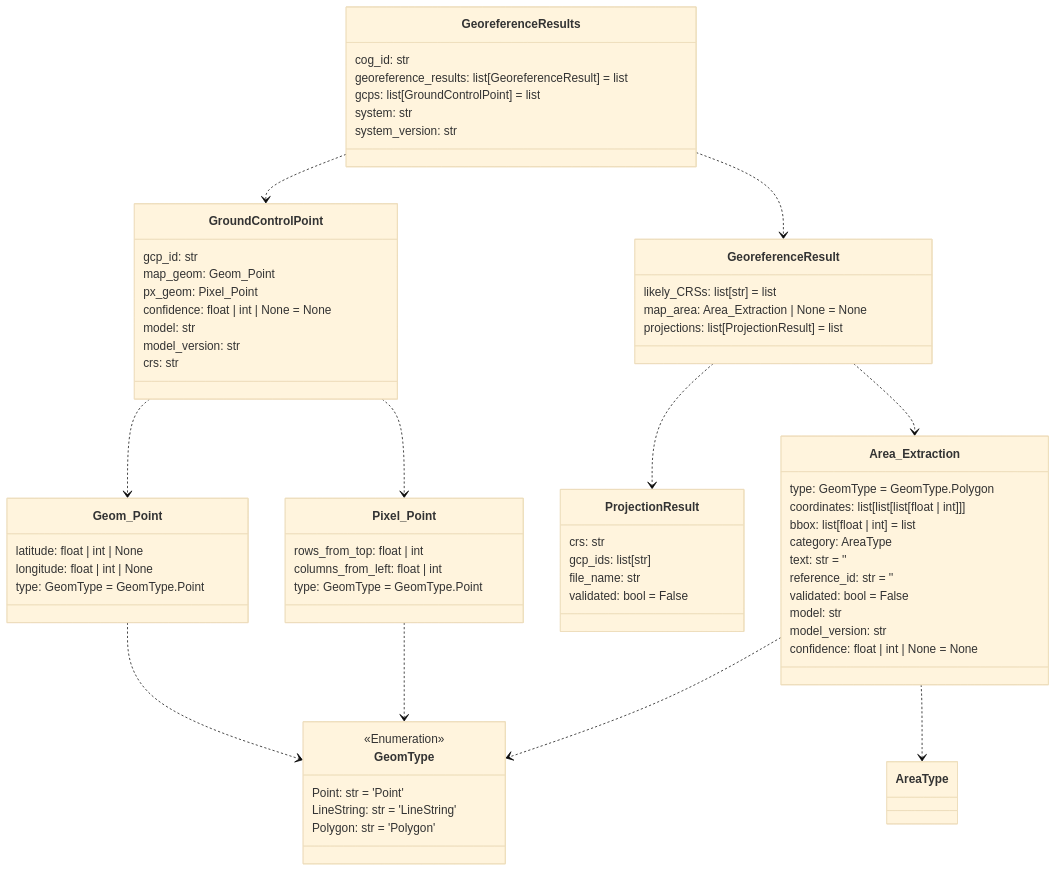
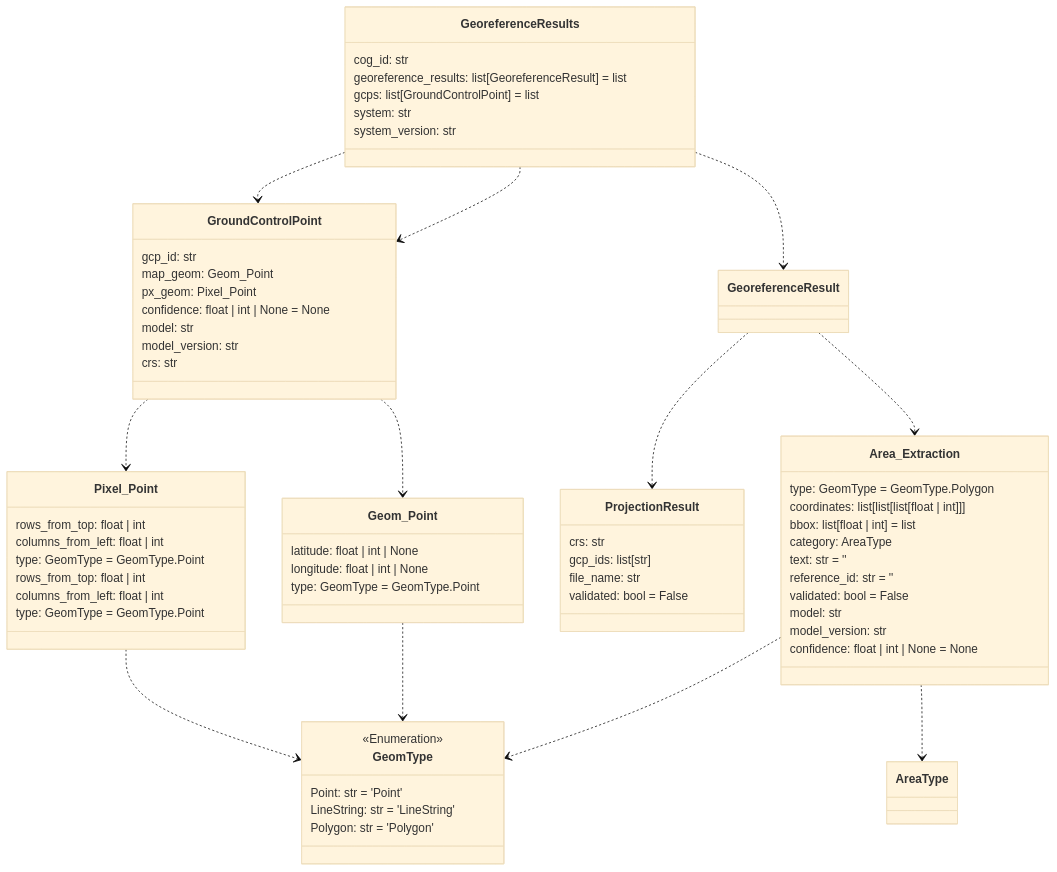
Before and after one commit to DARPA-CRITICALMAAS/cdr_schemas: the second of 14 diagrams in README.md, drawn with Mermaid (base theme). The commit also changed other lines of this file and 3 other files, not shown here.

````diff
--- a/README.md
+++ b/README.md
@@ -117,79 +124,80 @@
 ```mermaid
 classDiagram
 
     class Geom_Point {
         latitude: float | int | None
         longitude: float | int | None
         type: GeomType = GeomType.Point
     }
 
     class GeomType {
         <<Enumeration>>
         Point: str = 'Point'
         LineString: str = 'LineString'
         Polygon: str = 'Polygon'
     }
 
     class Pixel_Point {
         rows_from_top: float | int
         columns_from_left: float | int
         type: GeomType = GeomType.Point
     }
 
     class GeoreferenceResults {
         cog_id: str
         georeference_results: list[GeoreferenceResult] = list
         gcps: list[GroundControlPoint] = list
         system: str
         system_version: str
     }
 
     class GroundControlPoint {
         gcp_id: str
         map_geom: Geom_Point
         px_geom: Pixel_Point
         confidence: float | int | None = None
         model: str
         model_version: str
         crs: str
     }
 
-    class GeoreferenceResult {
-        likely_CRSs: list[str] = list
-        map_area: Area_Extraction | None = None
-        projections: list[ProjectionResult] = list
+    class Pixel_Point {
+        rows_from_top: float | int
+        columns_from_left: float | int
+        type: GeomType = GeomType.Point
     }
 
     class ProjectionResult {
         crs: str
         gcp_ids: list[str]
         file_name: str
         validated: bool = False
     }
 
     class Area_Extraction {
         type: GeomType = GeomType.Polygon
         coordinates: list[list[list[float | int]]]
         bbox: list[float | int] = list
         category: AreaType
         text: str = ''
         reference_id: str = ''
         validated: bool = False
         model: str
         model_version: str
         confidence: float | int | None = None
     }
 
     Area_Extraction ..> GeomType
     Area_Extraction ..> AreaType
     Geom_Point ..> GeomType
     Pixel_Point ..> GeomType
     GroundControlPoint ..> Geom_Point
     GroundControlPoint ..> Pixel_Point
     GeoreferenceResult ..> ProjectionResult
     GeoreferenceResult ..> Area_Extraction
     GeoreferenceResults ..> GroundControlPoint
     GeoreferenceResults ..> GeoreferenceResult
+    GeoreferenceResults ..> GroundControlPoint
 
 
 ```
````
